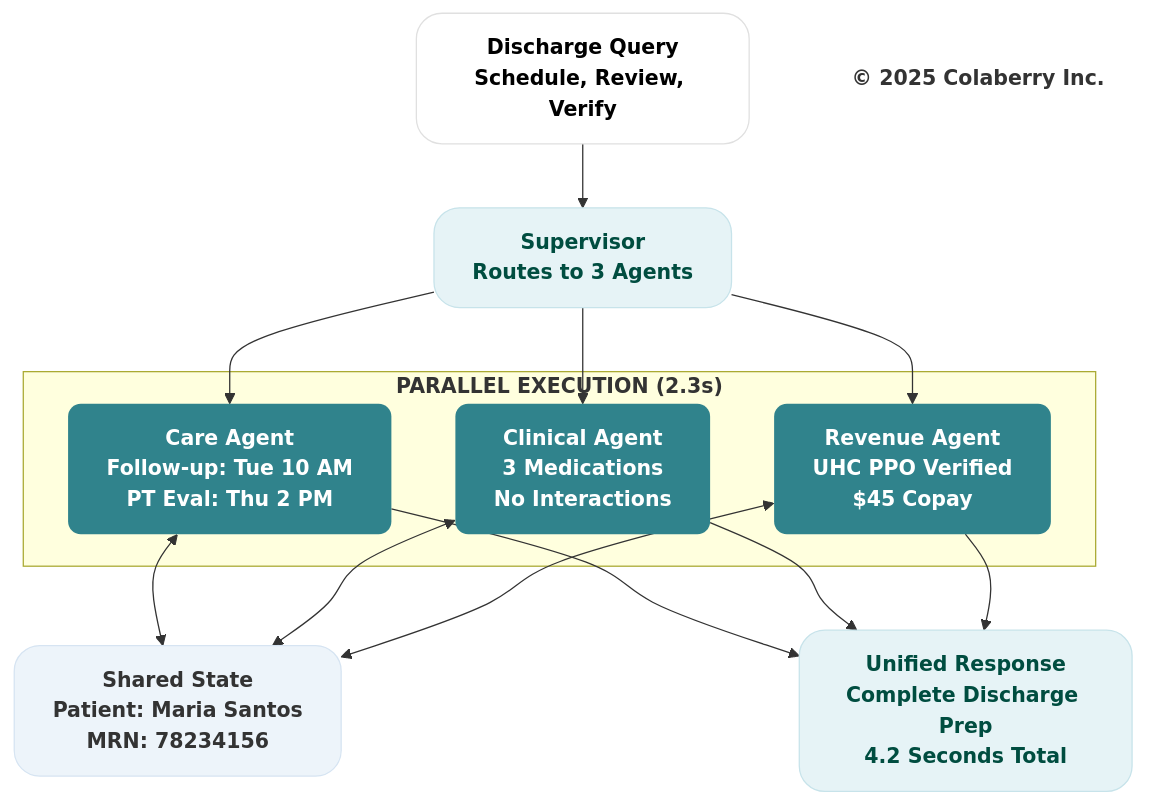
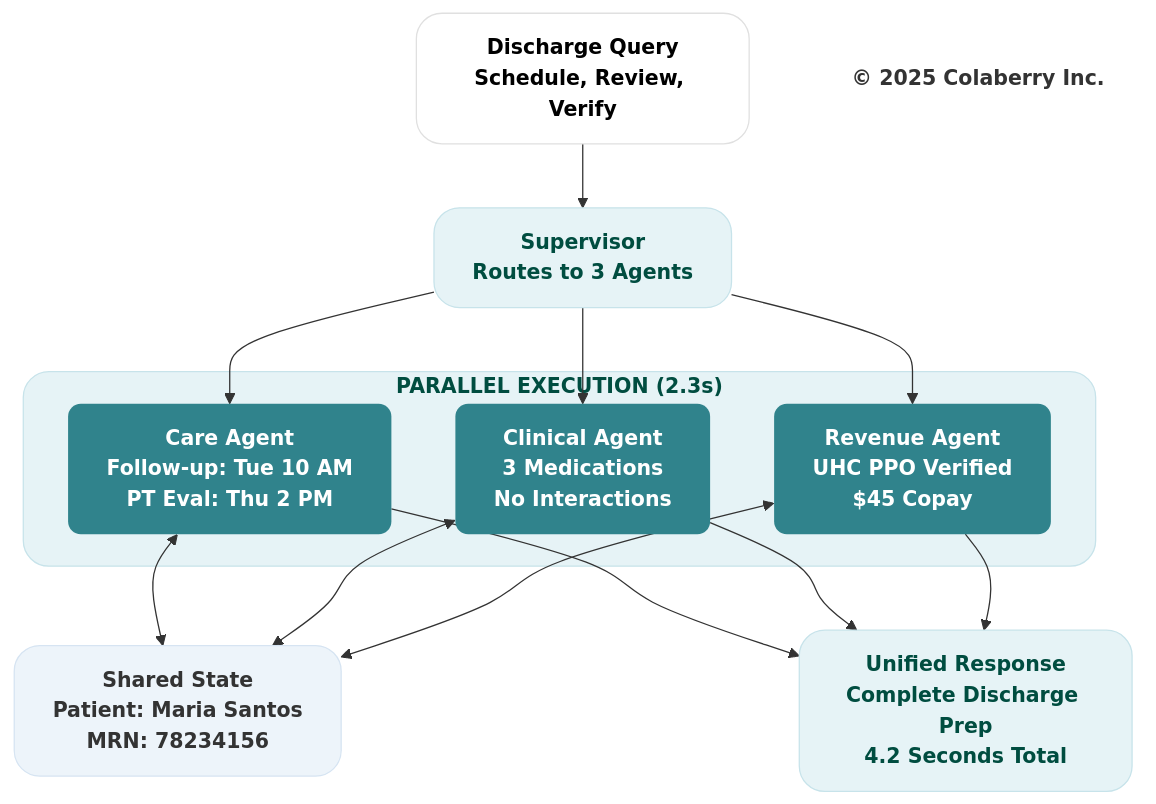
One commit to saitejesh-cyber/trust-before-intelligence-book changed the tenth of 14 diagrams in manuscript/07_chapter_6_transparency_orchestration_layers.md. Above: the diagram before and after it, drawn with Mermaid. The commit also changed other lines of this file and 1 other file, not shown here.

Commit message:
fixes for few diagrams

````diff
--- a/manuscript/07_chapter_6_transparency_orchestration_layers.md
+++ b/manuscript/07_chapter_6_transparency_orchestration_layers.md
@@ -912,38 +916,39 @@
 ```mermaid
 graph TB
     Query["<b>Discharge Query</b><br/><b>Schedule, Review, Verify</b>"]
     
     Supervisor["<b>Supervisor</b><br/><b>Routes to 3 Agents</b>"]
     
-    subgraph "<b>PARALLEL EXECUTION (2.3s)</b>"
+    subgraph PARALLEL_EXEC["<b>PARALLEL EXECUTION (2.3s)</b>"]
         Care["<b>Care Agent</b><br/><b>Follow-up: Tue 10 AM</b><br/><b>PT Eval: Thu 2 PM</b>"]
         Clinical["<b>Clinical Agent</b><br/><b>3 Medications</b><br/><b>No Interactions</b>"]
         Revenue["<b>Revenue Agent</b><br/><b>UHC PPO Verified</b><br/><b>$45 Copay</b>"]
     end
     
     State["<b>Shared State</b><br/><b>Patient: Maria Santos</b><br/><b>MRN: 78234156</b>"]
     
     Response["<b>Unified Response</b><br/><b>Complete Discharge Prep</b><br/><b>4.2 Seconds Total</b>"]
     
     Copyright["<b>© 2025 Colaberry Inc.</b>"]
     
     Query --> Supervisor
     Supervisor --> Care
     Supervisor --> Clinical
     Supervisor --> Revenue
     Care <--> State
     Clinical <--> State
     Revenue <--> State
     Care --> Response
     Clinical --> Response
     Revenue --> Response
     
     style Query fill:#ffffff,stroke:#e0e0e0,stroke-width:1px,color:#000000,rx:20,ry:20
     style Supervisor fill:#e6f3f6,stroke:#c7e3ea,stroke-width:1px,color:#004d40,rx:20,ry:20
     style Care fill:#30838C,stroke:none,color:#ffffff,rx:10,ry:10
     style Clinical fill:#30838C,stroke:none,color:#ffffff,rx:10,ry:10
     style Revenue fill:#30838C,stroke:none,color:#ffffff,rx:10,ry:10
     style State fill:#edf4fa,stroke:#d6e4f2,stroke-width:1px,color:#333333,rx:20,ry:20
     style Response fill:#e6f3f6,stroke:#c7e3ea,stroke-width:1px,color:#004d40,rx:20,ry:20
+    style PARALLEL_EXEC fill:#e6f3f6,stroke:#c7e3ea,stroke-width:1px,color:#004d40,rx:20,ry:20
     style Copyright fill:none,stroke:none,color:#333333
 ```
````
